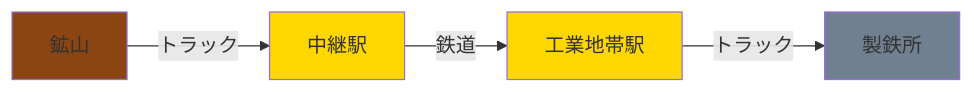
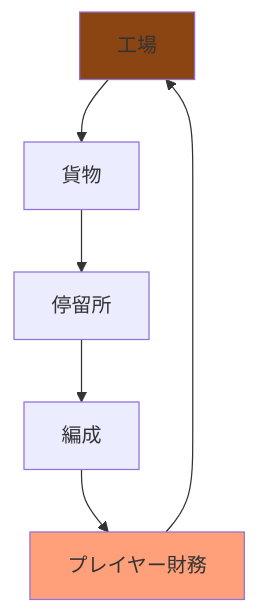
One commit to 128na/simutrans changed the second of 4 diagrams in docs_ja/architecture/FEATURES.md. Above: the diagram before and after it, drawn with Mermaid. The commit also changed other lines of this file and 4 other files, not shown here.

````diff
--- a/docs_ja/architecture/FEATURES.md
+++ b/docs_ja/architecture/FEATURES.md
@@ -664,11 +41,11 @@
 ```mermaid
-graph LR
-    Mine[鉱山] -->|トラック| Station1[中継駅]
-    Station1 -->|鉄道| Station2[工業地帯駅]
-    Station2 -->|トラック| Steel[製鉄所]
+graph TD
+    Factory[工場] --> Ware[貨物]
+    Ware --> Halt[停留所]
+    Halt --> Convoy[編成]
+    Convoy --> Finance[プレイヤー財務]
+    Finance --> Factory
 
-    style Mine fill:#8B4513
-    style Station1 fill:#FFD700
-    style Station2 fill:#FFD700
-    style Steel fill:#708090
+    style Factory fill:#8B4513
+    style Finance fill:#FFA07A
 ```
````
